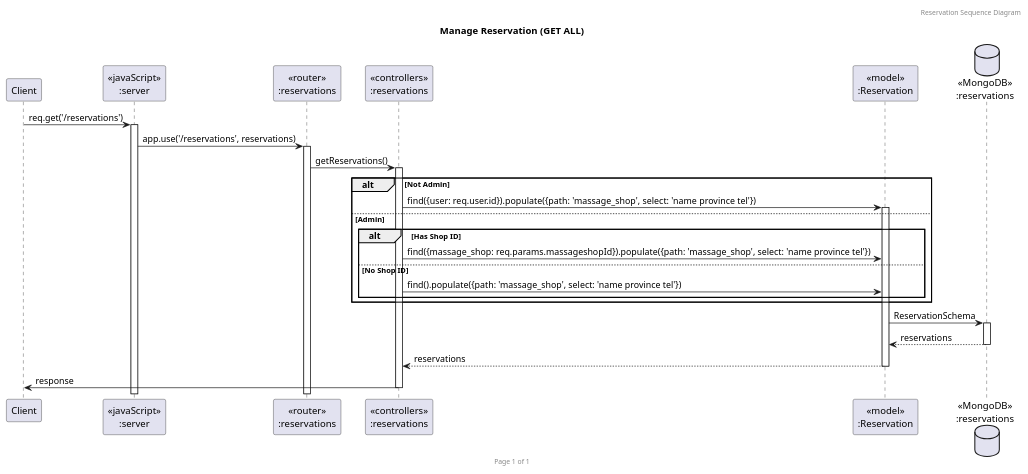
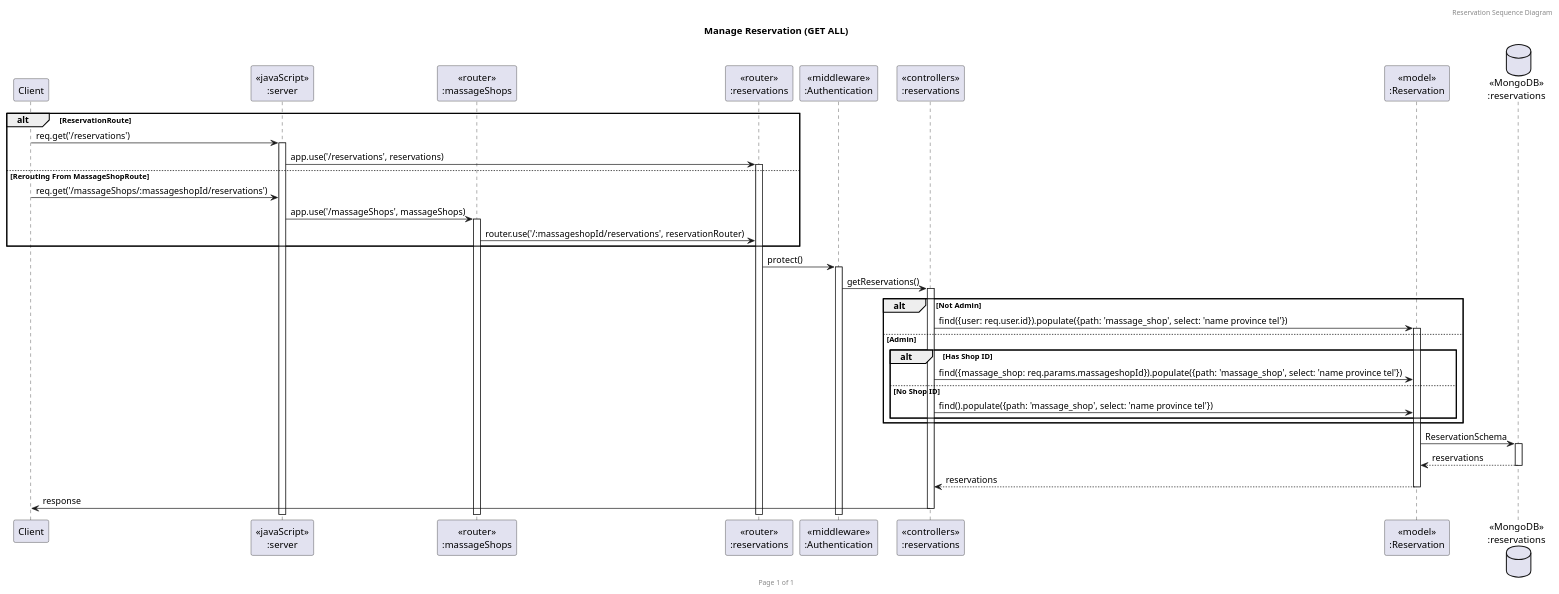
The diagram in GetAllRes.puml (2110503TACEDT66/presentation-day-1-organic-soi-ju), drawn with PlantUML before and after one commit. The commit also changed 3 other files, not shown here.

Commit message:
Shop SeqDiagram (add auth)

```diff
--- a/GetAllRes.puml
+++ b/GetAllRes.puml
@@ -1,31 +1,40 @@
 @startuml Manage Reservation (GET ALL)
 
 header Reservation Sequence Diagram
 footer Page %page% of %lastpage%
 title "Manage Reservation (GET ALL)"
 
 participant "Client" as client
 participant "<<javaScript>>\n:server" as server
+participant "<<router>>\n:massageShops" as routerMassageShops
 participant "<<router>>\n:reservations" as routerReservations
+participant "<<middleware>>\n:Authentication" as Authentication
 participant "<<controllers>>\n:reservations" as controllersReservations
 participant "<<model>>\n:Reservation" as modelReservation
 database "<<MongoDB>>\n:reservations" as ReservationsDatabase
+alt ReservationRoute
+    client->server ++:req.get('/reservations')
+    server->routerReservations ++:app.use('/reservations', reservations)
 
-client->server ++:req.get('/reservations')
-server->routerReservations ++:app.use('/reservations', reservations)
-routerReservations -> controllersReservations ++:getReservations()
+else Rerouting From MassageShopRoute
+    client -> server --:req.get('/massageShops/:massageshopId/reservations')
+    server->routerMassageShops ++:app.use('/massageShops', massageShops)
+    routerMassageShops -> routerReservations :router.use('/:massageshopId/reservations', reservationRouter)
+end
+routerReservations -> Authentication ++:protect()
+Authentication -> controllersReservations ++:getReservations()
 alt Not Admin
     controllersReservations->modelReservation ++:find({user: req.user.id}).populate({path: 'massage_shop', select: 'name province tel'})
 else Admin
     alt Has Shop ID
         controllersReservations->modelReservation: find({massage_shop: req.params.massageshopId}).populate({path: 'massage_shop', select: 'name province tel'})
     else No Shop ID
         controllersReservations->modelReservation: find().populate({path: 'massage_shop', select: 'name province tel'})
     end
 end
 modelReservation ->ReservationsDatabase ++: ReservationSchema
 ReservationsDatabase --> modelReservation --: reservations
 controllersReservations <-- modelReservation --:reservations
 controllersReservations->client --:response
 
 @enduml
```
